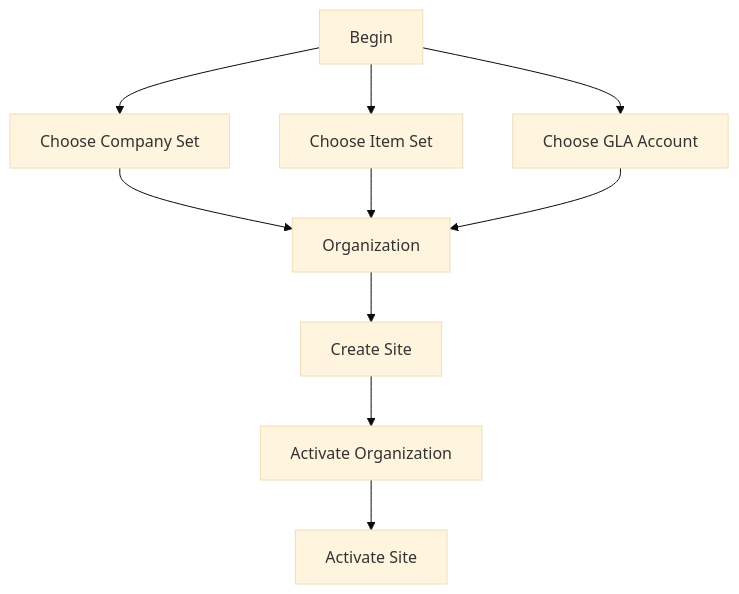
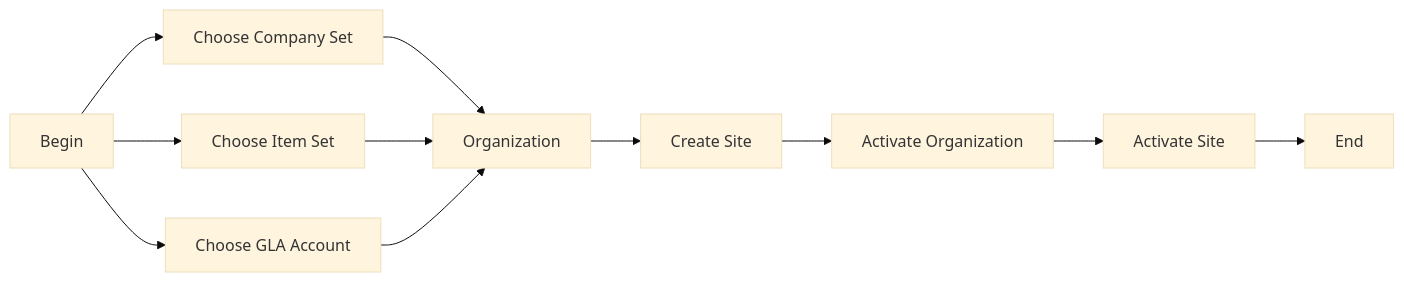
The diagram in maximo/administration/organizations/01-organization-definition.md (codersyacht/maximo-knowledge-center), drawn with Mermaid (base theme) before and after one commit.

Commit message:
01-organization-definition.md

````diff
--- a/maximo/administration/organizations/01-organization-definition.md
+++ b/maximo/administration/organizations/01-organization-definition.md
@@ -13,12 +13,13 @@
 ```mermaid
-graph TB
+graph LR
 A[Begin]-->B[Choose Company Set]
 A[Begin]-->C[Choose Item Set]
 A[Begin]-->D[Choose GLA Account]
 B-->E[Organization]
 C-->E
 D-->E
 E-->F[Create Site]
 F-->G[Activate Organization]
 G-->H[Activate Site]
+H--> I[End]
 ```
````
